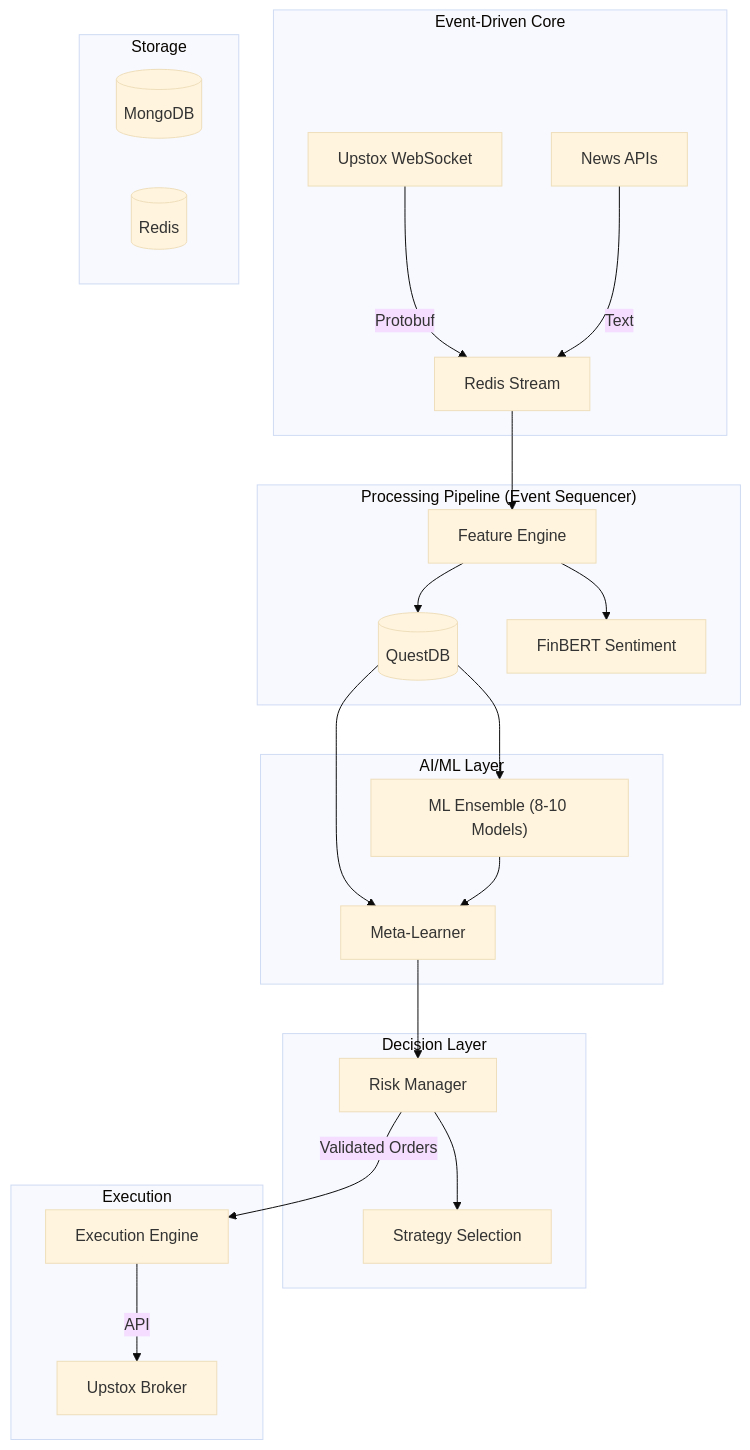
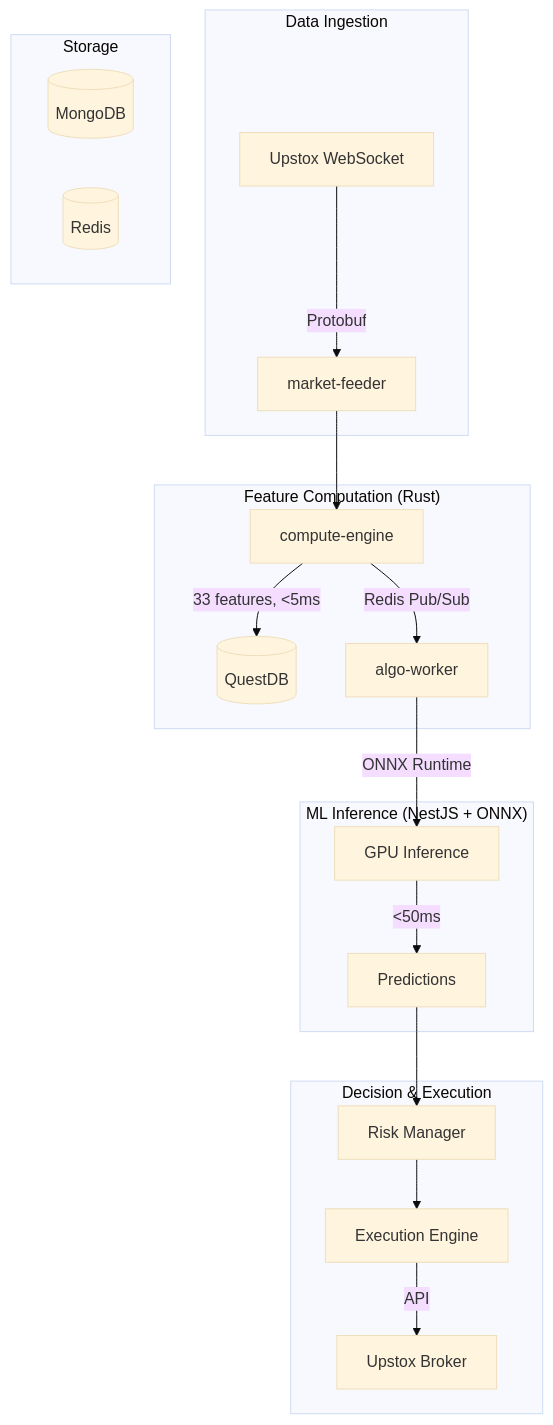
Before and after one commit to OkBeiRohan/investment-trading-portfolio: the first of 2 diagrams in README.md, drawn with Mermaid (base theme). The commit also changed other lines of this file and 6 other files, not shown here.

Commit message:
feat: Introduce new ML architecture leveraging a Rust feature engine and ONNX inference, and add dedicated machine learning documentation.

````diff
--- a/README.md
+++ b/README.md
@@ -120,34 +118,29 @@
 ```mermaid
 graph TD
-    subgraph "Event-Driven Core"
-        WS[Upstox WebSocket] -->|Protobuf| RS[Redis Stream]
-        NEWS[News APIs] -->|Text| RS
+    subgraph "Data Ingestion"
+        WS[Upstox WebSocket] -->|Protobuf| MF[market-feeder]
     end
 
-    subgraph "Processing Pipeline (Event Sequencer)"
-        RS --> FE[Feature Engine]
-        FE --> QDB[(QuestDB)]
-        FE --> SENT[FinBERT Sentiment]
+    subgraph "Feature Computation (Rust)"
+        MF --> CE[compute-engine]
+        CE -->|33 features, <5ms| QDB[(QuestDB)]
+        CE -->|Redis Pub/Sub| AW
     end
 
-    subgraph "AI/ML Layer"
-        QDB --> ENS["ML Ensemble (8-10 Models)"]
-        QDB --> META[Meta-Learner]
-        ENS --> META
+    subgraph "ML Inference (NestJS + ONNX)"
+        AW[algo-worker] -->|ONNX Runtime| GPU[GPU Inference]
+        GPU -->|<50ms| PRED[Predictions]
     end
 
-    subgraph "Decision Layer"
-        META --> RISK[Risk Manager]
-        RISK --> STRAT[Strategy Selection]
-    end
-
-    subgraph "Execution"
-        RISK -->|Validated Orders| EXEC[Execution Engine]
+    subgraph "Decision & Execution"
+        PRED --> RISK[Risk Manager]
+        RISK --> EXEC[Execution Engine]
         EXEC -->|API| UPSTOX[Upstox Broker]
     end
 
     subgraph "Storage"
+        QDB
         MDB[(MongoDB)]
         REDIS[(Redis)]
     end
 ```
````
